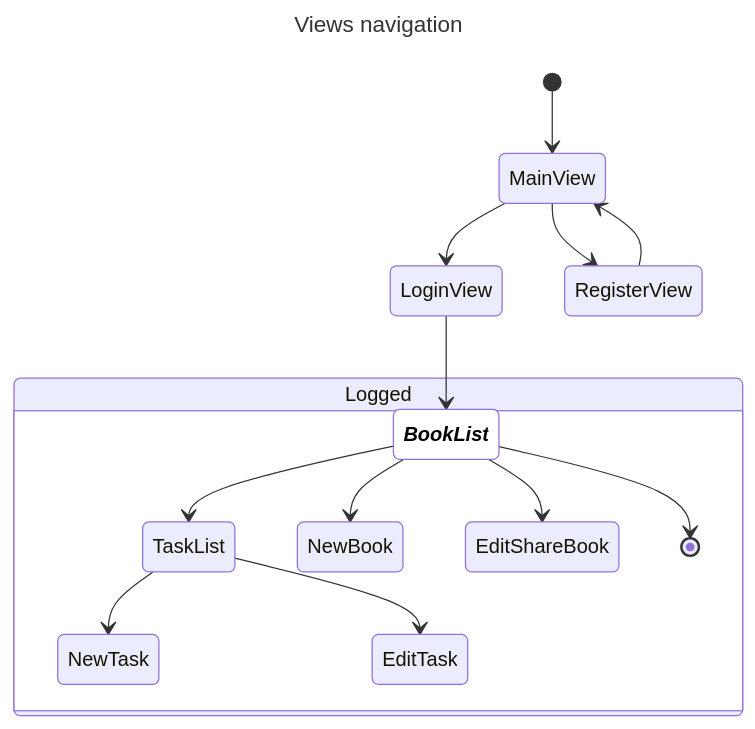
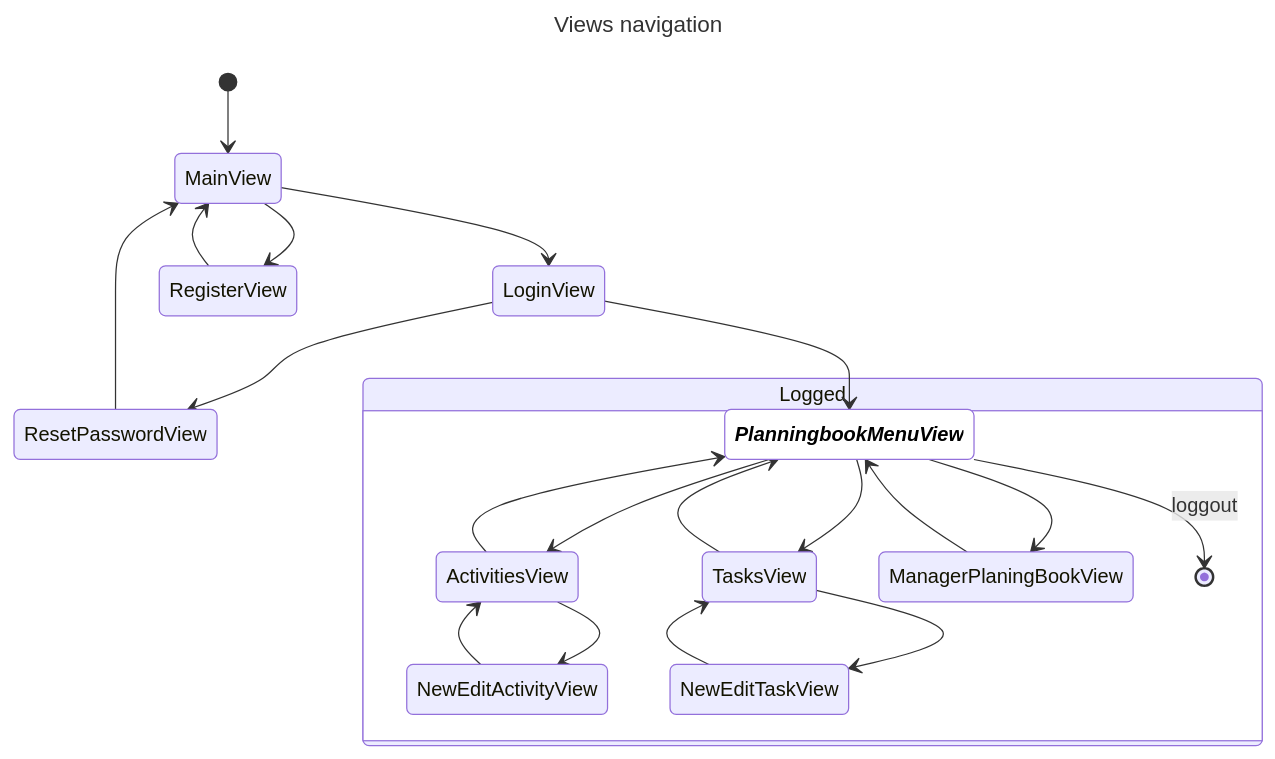
Before and after one commit to AlfredoSanz-Indra/myPlanningBook: the diagram in app/views.md, drawn with Mermaid. The commit also changed 3 other files, not shown here.

Commit message:
1.2.0 review diagrams

`````diff
--- a/app/views.md
+++ b/app/views.md
@@ -3,21 +3,28 @@
 ````mermaid
 ---
 title: Views navigation
 ---
 stateDiagram-v2
     classDef blankStyle font-style:italic,font-weight:bold,fill:white,color:black
-    
+
     [*] --> MainView
     MainView --> LoginView
     MainView --> RegisterView
     RegisterView --> MainView
-    LoginView --> BookList:::blankStyle
+    LoginView --> ResetPasswordView
+    ResetPasswordView --> MainView
+    LoginView --> PlanningbookMenuView:::blankStyle
     state Logged  {
-        BookList --> TaskList
-        BookList --> NewBook
-        BookList --> EditShareBook
-        TaskList --> NewTask
-        TaskList --> EditTask    
-        BookList --> [*]
+        PlanningbookMenuView --> ActivitiesView
+        PlanningbookMenuView --> TasksView
+        PlanningbookMenuView --> ManagerPlaningBookView
+        ManagerPlaningBookView --> PlanningbookMenuView
+        ActivitiesView --> NewEditActivityView
+        NewEditActivityView --> ActivitiesView
+        ActivitiesView --> PlanningbookMenuView
+        TasksView --> NewEditTaskView
+        NewEditTaskView --> TasksView
+        TasksView --> PlanningbookMenuView
+        PlanningbookMenuView --> [*] : loggout
     }
 ````
`````
